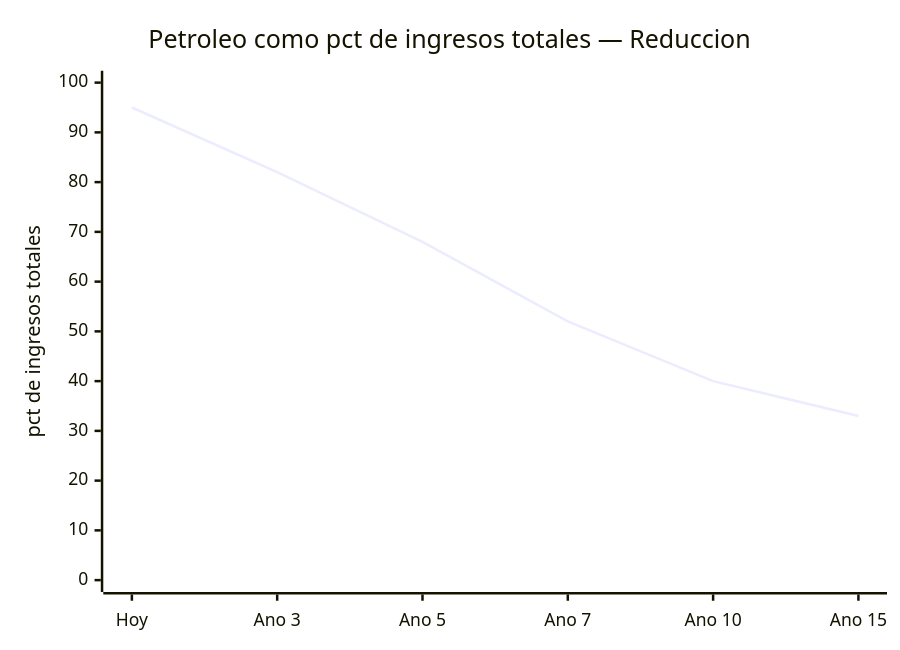
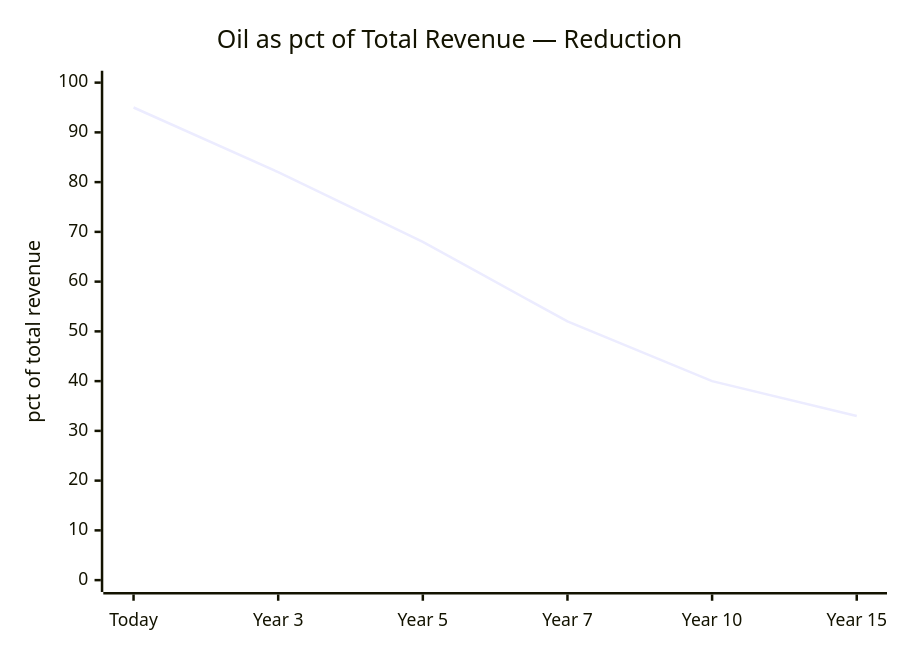
One commit to Venezuela-S-A/venezuela-sa changed the ninth of 10 diagrams in i18n/en/docusaurus-plugin-content-docs/current/07-ejecucion/el-sueno.md. Above: the diagram before and after it, drawn with Mermaid. The commit also changed other lines of this file and 127 other files, not shown here.

````diff
--- a/i18n/en/docusaurus-plugin-content-docs/current/07-ejecucion/el-sueno.md
+++ b/i18n/en/docusaurus-plugin-content-docs/current/07-ejecucion/el-sueno.md
@@ -603,7 +603,7 @@
 ```mermaid
 xychart-beta
-    title "Petroleo como pct de ingresos totales — Reduccion"
-    x-axis ["Hoy", "Ano 3", "Ano 5", "Ano 7", "Ano 10", "Ano 15"]
-    y-axis "pct de ingresos totales" 0 --> 100
+    title "Oil as pct of Total Revenue — Reduction"
+    x-axis ["Today", "Year 3", "Year 5", "Year 7", "Year 10", "Year 15"]
+    y-axis "pct of total revenue" 0 --> 100
     line [95, 82, 68, 52, 40, 33]
 ```
````
